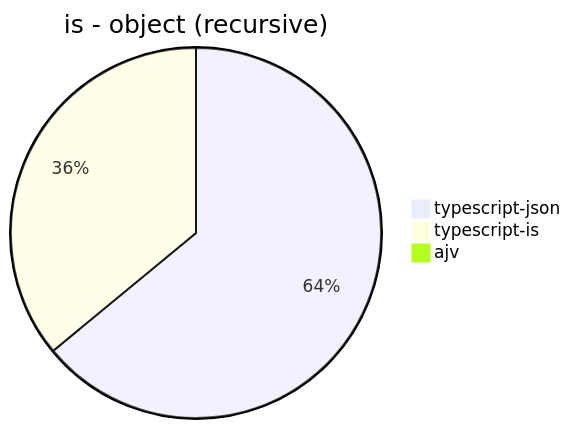
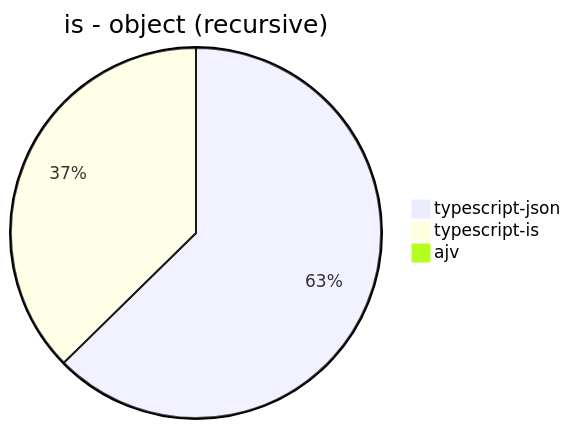
Before and after one commit to samchon/typia: the eighth of 30 diagrams in benchmark/results/AMD Ryzen 7 5800H with Radeon Graphics         .md, drawn with Mermaid. The commit also changed other lines of this file, not shown here.

````diff
--- a/benchmark/results/AMD Ryzen 7 5800H with Radeon Graphics         .md
+++ b/benchmark/results/AMD Ryzen 7 5800H with Radeon Graphics         .md
@@ -84,6 +84,6 @@
 ```mermaid
 pie title is - object (recursive)
-  "typescript-json": 76564.94920174166
-  "typescript-is": 43032.61865493861
+  "typescript-json": 68264.17829316905
+  "typescript-is": 40699.269252388985
   "ajv": 0
 ```
````
